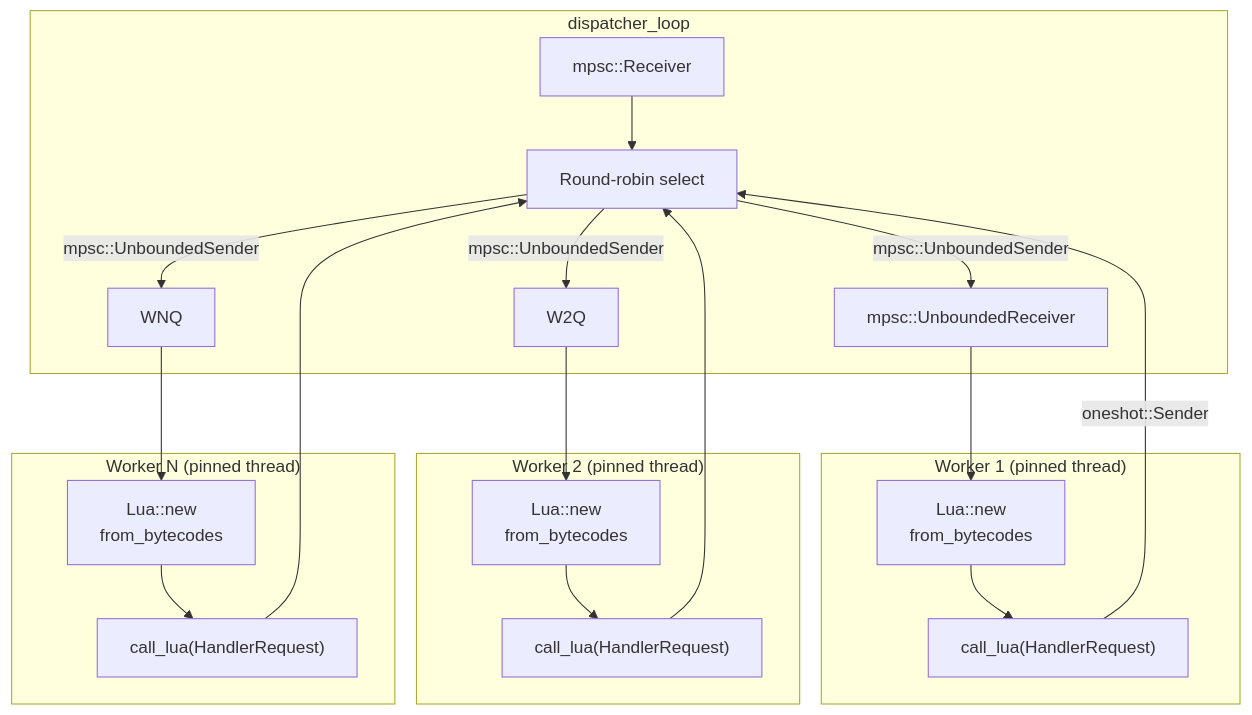
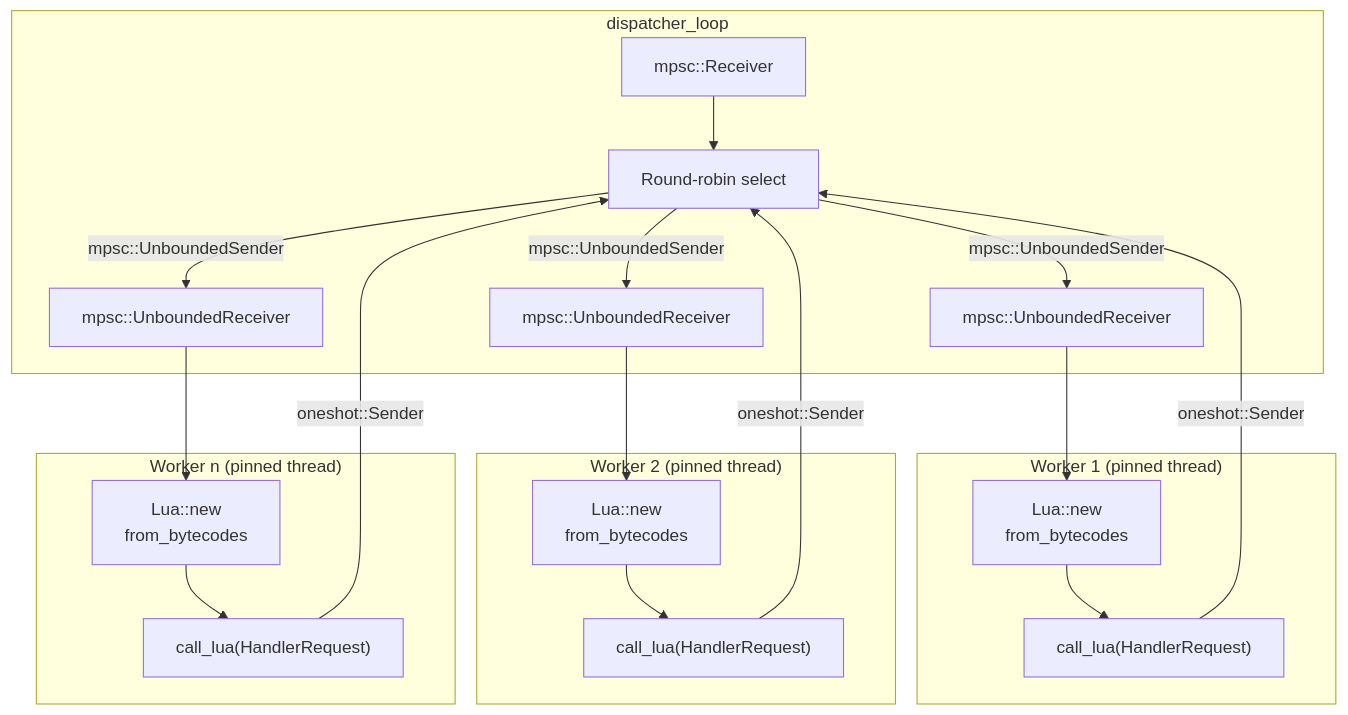
One commit to bubblegutz/pinhead changed the third of 9 diagrams in docs/ARCHITECTURE.md. Above: the diagram before and after it, drawn with Mermaid. The commit also changed other lines of this file, not shown here.

````diff
--- a/docs/ARCHITECTURE.md
+++ b/docs/ARCHITECTURE.md
@@ -93,27 +77,27 @@
 ```mermaid
 flowchart TB
     subgraph Dispatcher["dispatcher_loop"]
         RX["mpsc::Receiver<HandlerRequest>"] --> ROUND["Round-robin select"]
         ROUND -->|mpsc::UnboundedSender| W1Q
         ROUND -->|mpsc::UnboundedSender| W2Q
-        ROUND -->|mpsc::UnboundedSender| WNQ
+        ROUND -->|mpsc::UnboundedSender| WnQ
     end
 
     subgraph W1["Worker 1 (pinned thread)"]
         W1Q["mpsc::UnboundedReceiver"] --> L1["Lua::new\nfrom_bytecodes"]
         L1 --> CALL1["call_lua(HandlerRequest)"]
         CALL1 -->|oneshot::Sender| ROUND
     end
 
     subgraph W2["Worker 2 (pinned thread)"]
-        W2Q --> L2["Lua::new\nfrom_bytecodes"]
+        W2Q["mpsc::UnboundedReceiver"] --> L2["Lua::new\nfrom_bytecodes"]
         L2 --> CALL2["call_lua(HandlerRequest)"]
-        CALL2 --> ROUND
+        CALL2 -->|oneshot::Sender| ROUND
     end
 
-    subgraph WN["Worker N (pinned thread)"]
-        WNQ --> LN["Lua::new\nfrom_bytecodes"]
-        LN --> CALLN["call_lua(HandlerRequest)"]
-        CALLN --> ROUND
+    subgraph Wn["Worker n (pinned thread)"]
+        WnQ["mpsc::UnboundedReceiver"] --> Ln["Lua::new\nfrom_bytecodes"]
+        Ln --> CALLn["call_lua(HandlerRequest)"]
+        CALLn -->|oneshot::Sender| ROUND
     end
 ```
````
